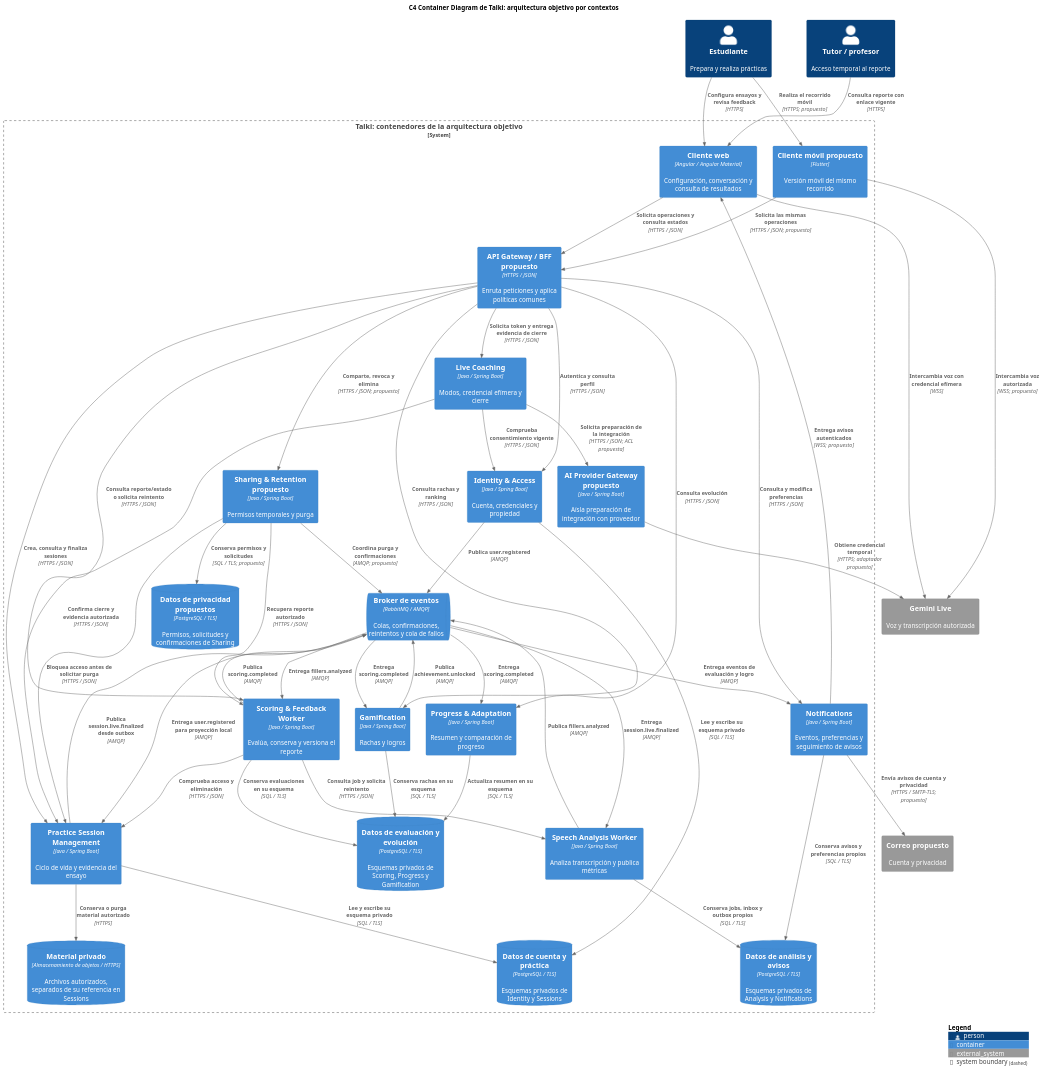
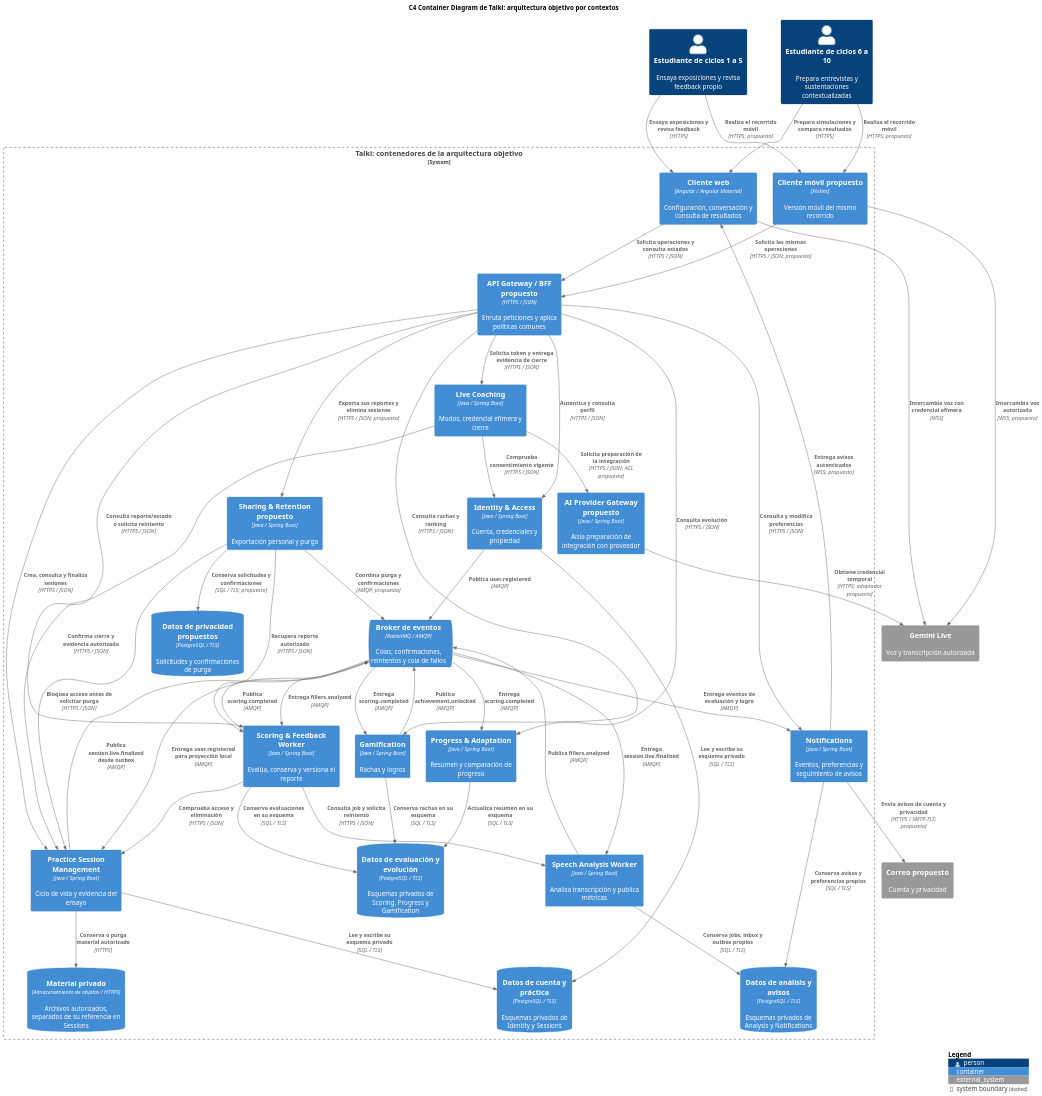
The diagram in assets/diagrams/c4/containers.puml (upc-pre-202620-si728-16365-thropic/talki-project-report), drawn with PlantUML before and after one commit. The commit also changed 72 other files, not shown here.

```diff
--- a/assets/diagrams/c4/containers.puml
+++ b/assets/diagrams/c4/containers.puml
@@ -1,79 +1,80 @@
 @startuml
 !include <C4/C4_Container>
 skinparam defaultFontName Arial
 skinparam dpi 130
 LAYOUT_TOP_DOWN()
 title C4 Container Diagram de Talki: arquitectura objetivo por contextos
-Person(student, "Estudiante", "Prepara y realiza prácticas")
-Person(tutor, "Tutor / profesor", "Acceso temporal al reporte")
+Person(early, "Estudiante de ciclos 1 a 5", "Ensaya exposiciones y revisa feedback propio")
+Person(advanced, "Estudiante de ciclos 6 a 10", "Prepara entrevistas y sustentaciones contextualizadas")
 System_Ext(gemini, "Gemini Live", "Voz y transcripción autorizada")
 System_Ext(mail, "Correo propuesto", "Cuenta y privacidad")
 System_Boundary(talki, "Talki: contenedores de la arquitectura objetivo") {
 Container(web, "Cliente web", "Angular / Angular Material", "Configuración, conversación y consulta de resultados")
 Container(mobile, "Cliente móvil propuesto", "Flutter", "Versión móvil del mismo recorrido")
 Container(gateway, "API Gateway / BFF propuesto", "HTTPS / JSON", "Enruta peticiones y aplica políticas comunes")
 Container(identity, "Identity & Access", "Java / Spring Boot", "Cuenta, credenciales y propiedad")
 Container(sessions, "Practice Session Management", "Java / Spring Boot", "Ciclo de vida y evidencia del ensayo")
 Container(live, "Live Coaching", "Java / Spring Boot", "Modos, credencial efímera y cierre")
 Container(analysis, "Speech Analysis Worker", "Java / Spring Boot", "Analiza transcripción y publica métricas")
 Container(scoring, "Scoring & Feedback Worker", "Java / Spring Boot", "Evalúa, conserva y versiona el reporte")
 Container(progress, "Progress & Adaptation", "Java / Spring Boot", "Resumen y comparación de progreso")
 Container(game, "Gamification", "Java / Spring Boot", "Rachas y logros")
-Container(sharing, "Sharing & Retention propuesto", "Java / Spring Boot", "Permisos temporales y purga")
+Container(sharing, "Sharing & Retention propuesto", "Java / Spring Boot", "Exportación personal y purga")
 Container(ai, "AI Provider Gateway propuesto", "Java / Spring Boot", "Aísla preparación de integración con proveedor")
 Container(notifications, "Notifications", "Java / Spring Boot", "Eventos, preferencias y seguimiento de avisos")
 ContainerDb(store, "Material privado", "Almacenamiento de objetos / HTTPS", "Archivos autorizados, separados de su referencia en Sessions")
 ContainerQueue(bus, "Broker de eventos", "RabbitMQ / AMQP", "Colas, confirmaciones, reintentos y cola de fallos")
 ContainerDb(coredata, "Datos de cuenta y práctica", "PostgreSQL / TLS", "Esquemas privados de Identity y Sessions")
 ContainerDb(resultdata, "Datos de evaluación y evolución", "PostgreSQL / TLS", "Esquemas privados de Scoring, Progress y Gamification")
 ContainerDb(operationaldata, "Datos de análisis y avisos", "PostgreSQL / TLS", "Esquemas privados de Analysis y Notifications")
-ContainerDb(privacydata, "Datos de privacidad propuestos", "PostgreSQL / TLS", "Permisos, solicitudes y confirmaciones de Sharing")
+ContainerDb(privacydata, "Datos de privacidad propuestos", "PostgreSQL / TLS", "Solicitudes y confirmaciones de purga")
 }
-Rel(student, web, "Configura ensayos y revisa feedback", "HTTPS")
-Rel(student, mobile, "Realiza el recorrido móvil", "HTTPS; propuesto")
-Rel(tutor, web, "Consulta reporte con enlace vigente", "HTTPS")
+Rel(early, web, "Ensaya exposiciones y revisa feedback", "HTTPS")
+Rel(advanced, web, "Prepara simulaciones y compara resultados", "HTTPS")
+Rel(early, mobile, "Realiza el recorrido móvil", "HTTPS; propuesto")
+Rel(advanced, mobile, "Realiza el recorrido móvil", "HTTPS; propuesto")
 Rel(web, gateway, "Solicita operaciones y consulta estados", "HTTPS / JSON")
 Rel(mobile, gateway, "Solicita las mismas operaciones", "HTTPS / JSON; propuesto")
 Rel(web, gemini, "Intercambia voz con credencial efímera", "WSS")
 Rel(mobile, gemini, "Intercambia voz autorizada", "WSS; propuesto")
 Rel(gateway, identity, "Autentica y consulta perfil", "HTTPS / JSON")
 Rel(gateway, sessions, "Crea, consulta y finaliza sesiones", "HTTPS / JSON")
 Rel(gateway, live, "Solicita token y entrega evidencia de cierre", "HTTPS / JSON")
 Rel(gateway, scoring, "Consulta reporte/estado o solicita reintento", "HTTPS / JSON")
 Rel(scoring, sessions, "Comprueba acceso y eliminación", "HTTPS / JSON")
 Rel(scoring, analysis, "Consulta job y solicita reintento", "HTTPS / JSON")
 Rel(sharing, sessions, "Bloquea acceso antes de solicitar purga", "HTTPS / JSON")
 Rel(sharing, scoring, "Recupera reporte autorizado", "HTTPS / JSON")
 Rel(gateway, notifications, "Consulta y modifica preferencias", "HTTPS / JSON")
 Rel(gateway, progress, "Consulta evolución", "HTTPS / JSON")
 Rel(gateway, game, "Consulta rachas y ranking", "HTTPS / JSON")
-Rel(gateway, sharing, "Comparte, revoca y elimina", "HTTPS / JSON; propuesto")
+Rel(gateway, sharing, "Exporta sus reportes y elimina sesiones", "HTTPS / JSON; propuesto")
 Rel(live, ai, "Solicita preparación de la integración", "HTTPS / JSON; ACL propuesta")
 Rel(ai, gemini, "Obtiene credencial temporal", "HTTPS; adaptador propuesto")
 Rel(live, sessions, "Confirma cierre y evidencia autorizada", "HTTPS / JSON")
 Rel(live, identity, "Comprueba consentimiento vigente", "HTTPS / JSON")
 Rel(sessions, store, "Conserva o purga material autorizado", "HTTPS")
 Rel(sessions, bus, "Publica session.live.finalized desde outbox", "AMQP")
 Rel(bus, analysis, "Entrega session.live.finalized", "AMQP")
 Rel(analysis, bus, "Publica fillers.analyzed", "AMQP")
 Rel(bus, scoring, "Entrega fillers.analyzed", "AMQP")
 Rel(scoring, bus, "Publica scoring.completed", "AMQP")
 Rel(bus, progress, "Entrega scoring.completed", "AMQP")
 Rel(bus, game, "Entrega scoring.completed", "AMQP")
 Rel(game, bus, "Publica achievement.unlocked", "AMQP")
 Rel(identity, bus, "Publica user.registered", "AMQP")
 Rel(bus, sessions, "Entrega user.registered para proyección local", "AMQP")
 Rel(sharing, bus, "Coordina purga y confirmaciones", "AMQP; propuesto")
 Rel(bus, notifications, "Entrega eventos de evaluación y logro", "AMQP")
 Rel(notifications, web, "Entrega avisos autenticados", "WSS; propuesto")
 Rel(notifications, mail, "Envía avisos de cuenta y privacidad", "HTTPS / SMTP-TLS; propuesto")
 Rel(analysis, operationaldata, "Conserva jobs, inbox y outbox propios", "SQL / TLS")
 Rel(notifications, operationaldata, "Conserva avisos y preferencias propios", "SQL / TLS")
 Rel(identity, coredata, "Lee y escribe su esquema privado", "SQL / TLS")
 Rel(sessions, coredata, "Lee y escribe su esquema privado", "SQL / TLS")
 Rel(scoring, resultdata, "Conserva evaluaciones en su esquema", "SQL / TLS")
 Rel(progress, resultdata, "Actualiza resumen en su esquema", "SQL / TLS")
 Rel(game, resultdata, "Conserva rachas en su esquema", "SQL / TLS")
-Rel(sharing, privacydata, "Conserva permisos y solicitudes", "SQL / TLS; propuesto")
+Rel(sharing, privacydata, "Conserva solicitudes y confirmaciones", "SQL / TLS; propuesto")
 SHOW_LEGEND()
 @enduml
```
